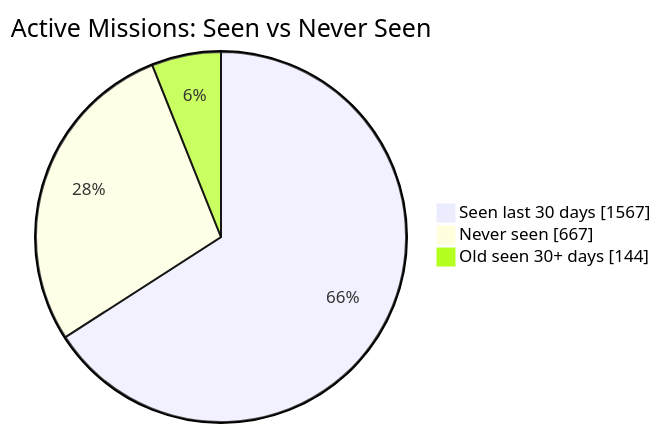
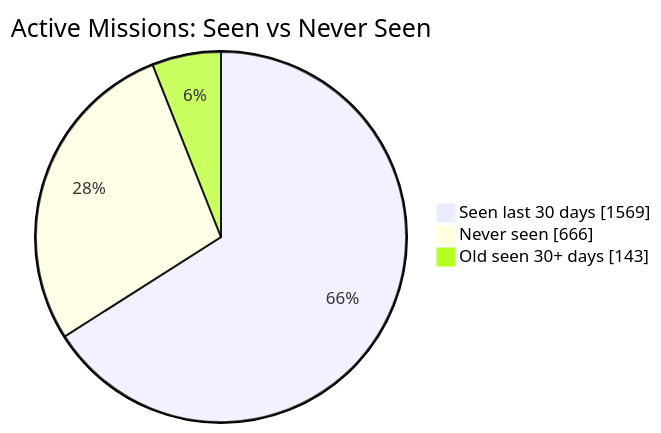
The first of 2 diagrams in README.md (MeldkamerspelGameTeam/active-missions), drawn with Mermaid before and after one commit. The commit also changed other lines of this file and 3 other files, not shown here.

````diff
--- a/README.md
+++ b/README.md
@@ -34,7 +34,7 @@
 ```mermaid
 pie showData
     title Active Missions: Seen vs Never Seen
-    "Seen last 30 days" : 1567
-    "Never seen" : 667
-    "Old seen 30+ days" : 144
+    "Seen last 30 days" : 1569
+    "Never seen" : 666
+    "Old seen 30+ days" : 143
 ```
````
